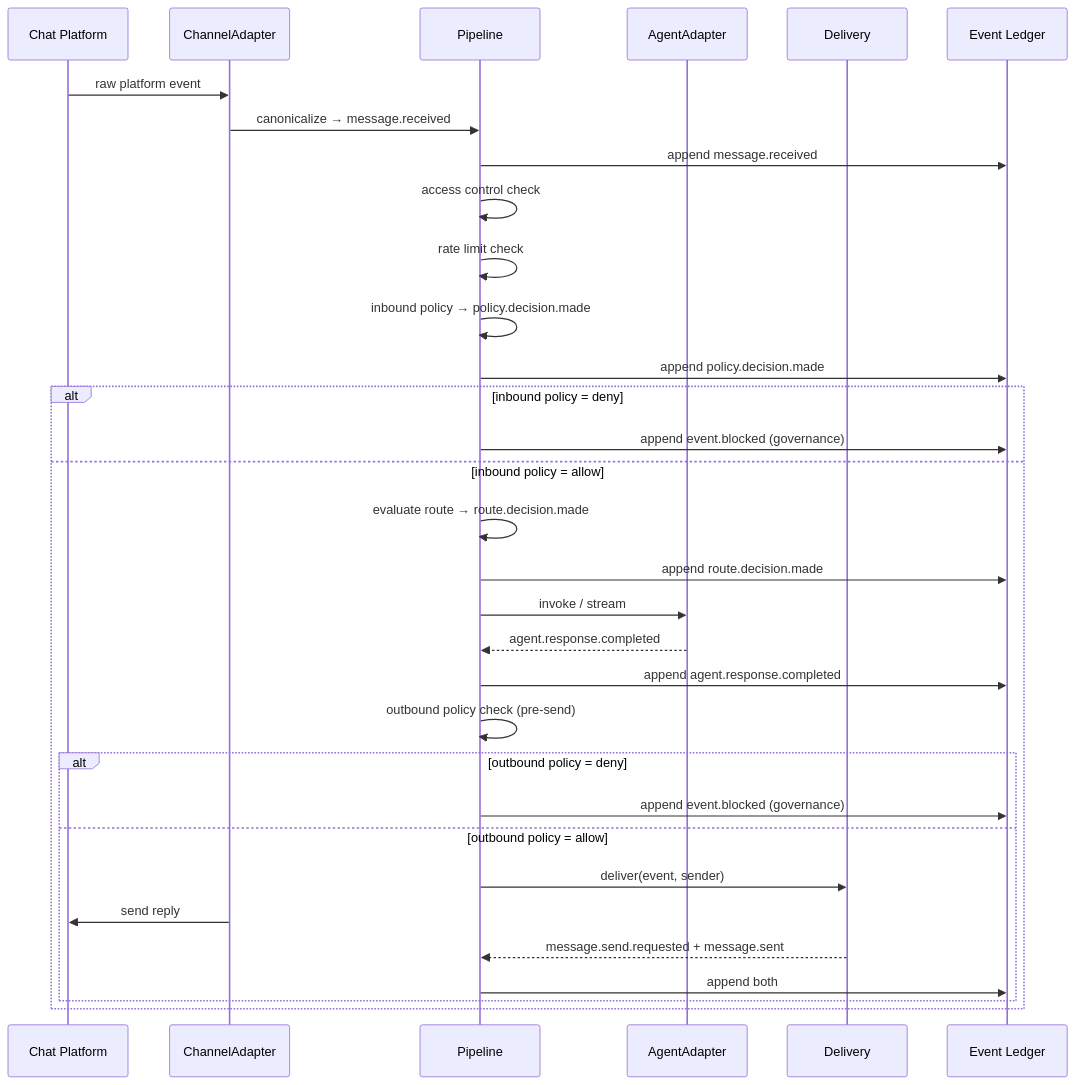
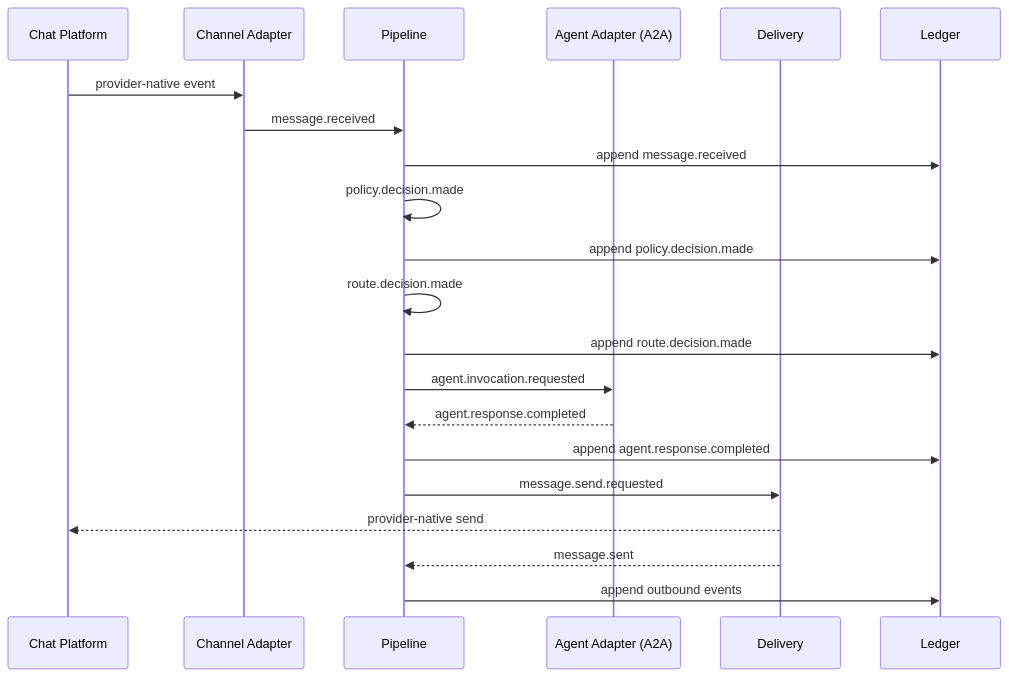
The second of 4 diagrams in docs/architecture.md (ChatAgentRelay/ChatAgentRelay), drawn with Mermaid before and after one commit. The commit also changed other lines of this file and 30 other files, not shown here.

First line of the commit message:
docs: align relay positioning and architecture specs

````diff
--- a/docs/architecture.md
+++ b/docs/architecture.md
@@ -175,36 +175,24 @@
 ```mermaid
 sequenceDiagram
-  participant User as Chat Platform
-  participant CA as ChannelAdapter
+  participant CP as Chat Platform
+  participant CH as Channel Adapter
   participant PL as Pipeline
-  participant Agent as AgentAdapter
+  participant AG as Agent Adapter (A2A)
   participant DL as Delivery
-  participant Ledger as Event Ledger
+  participant LG as Ledger
 
-  User->>CA: raw platform event
-  CA->>PL: canonicalize → message.received
-  PL->>Ledger: append message.received
-  PL->>PL: access control check
-  PL->>PL: rate limit check
-  PL->>PL: inbound policy → policy.decision.made
-  PL->>Ledger: append policy.decision.made
-
-  alt inbound policy = deny
-    PL->>Ledger: append event.blocked (governance)
-  else inbound policy = allow
-    PL->>PL: evaluate route → route.decision.made
-    PL->>Ledger: append route.decision.made
-    PL->>Agent: invoke / stream
-    Agent-->>PL: agent.response.completed
-    PL->>Ledger: append agent.response.completed
-    PL->>PL: outbound policy check (pre-send)
-    alt outbound policy = deny
-      PL->>Ledger: append event.blocked (governance)
-    else outbound policy = allow
-      PL->>DL: deliver(event, sender)
-      CA->>User: send reply
-      DL-->>PL: message.send.requested + message.sent
-      PL->>Ledger: append both
-    end
-  end
+  CP->>CH: provider-native event
+  CH->>PL: message.received
+  PL->>LG: append message.received
+  PL->>PL: policy.decision.made
+  PL->>LG: append policy.decision.made
+  PL->>PL: route.decision.made
+  PL->>LG: append route.decision.made
+  PL->>AG: agent.invocation.requested
+  AG-->>PL: agent.response.completed
+  PL->>LG: append agent.response.completed
+  PL->>DL: message.send.requested
+  DL-->>CP: provider-native send
+  DL-->>PL: message.sent
+  PL->>LG: append outbound events
 ```
````
